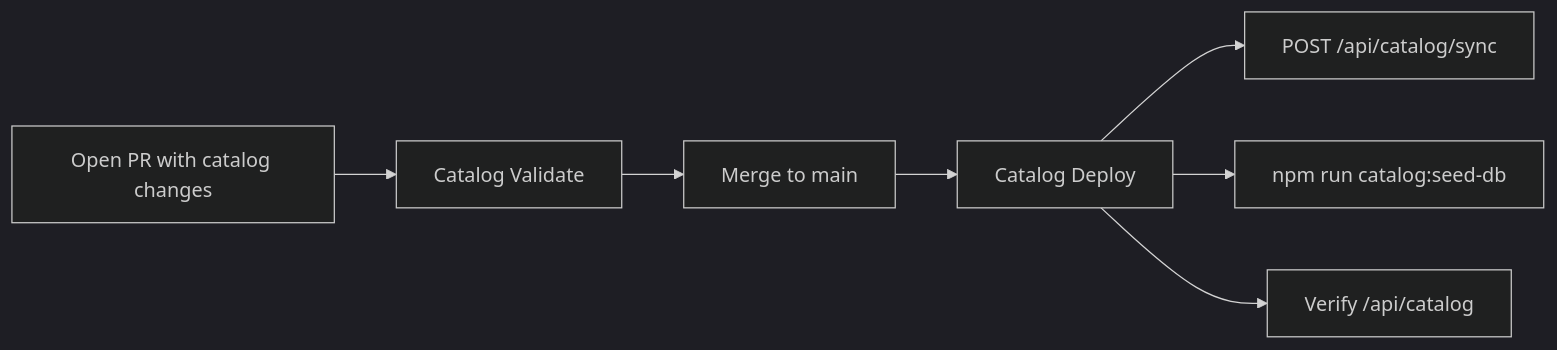
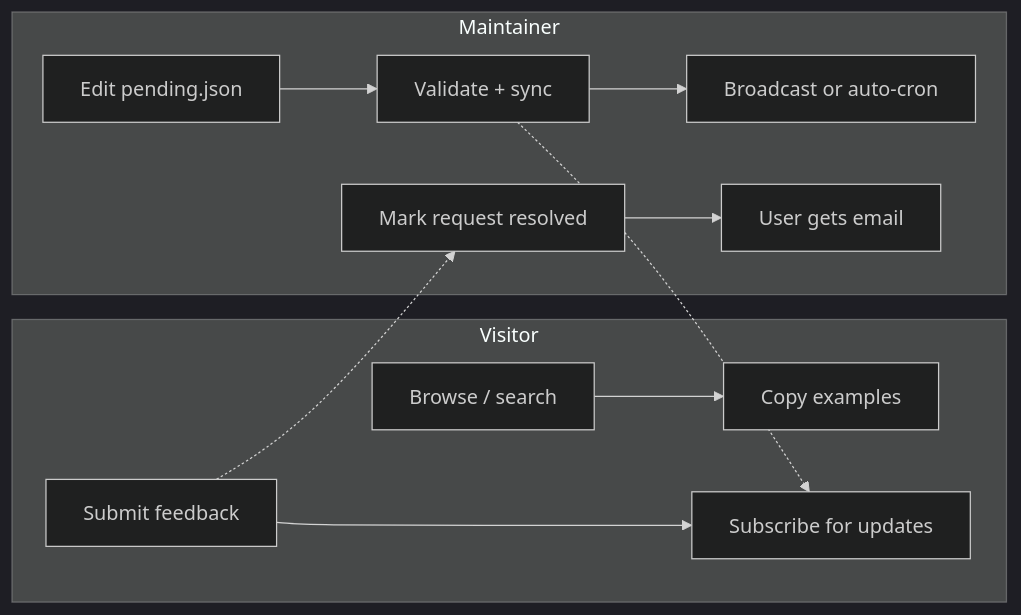
One commit to nuthanm/aidevreference changed the second of 2 diagrams in README.md. Above: the diagram before and after it, drawn with Mermaid (dark theme). The commit also changed other lines of this file and 13 other files, not shown here.

First line of the commit message:
Update documentation and enhance system architecture overview

````diff
--- a/README.md
+++ b/README.md
@@ -218,9 +111,16 @@
 ```mermaid
 flowchart LR
-  PR["Open PR with catalog changes"] --> VAL["Catalog Validate"]
-  VAL --> MERGE["Merge to main"]
-  MERGE --> DEPLOY["Catalog Deploy"]
-  DEPLOY --> SYNC["POST /api/catalog/sync"]
-  DEPLOY --> SEED["npm run catalog:seed-db"]
-  DEPLOY --> CHECK["Verify /api/catalog"]
+  subgraph Visitor
+    V1["Browse / search"] --> V2["Copy examples"]
+    V3["Submit feedback"] --> V4["Subscribe for updates"]
+  end
+
+  subgraph Maintainer
+    M1["Edit pending.json"] --> M2["Validate + sync"]
+    M2 --> M3["Broadcast or auto-cron"]
+    M4["Mark request resolved"] --> M5["User gets email"]
+  end
+
+  V3 -.-> M4
+  M2 -.-> V4
 ```
````
